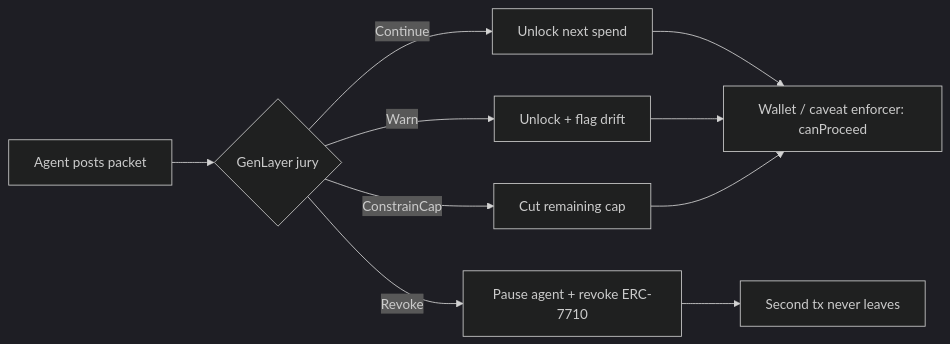
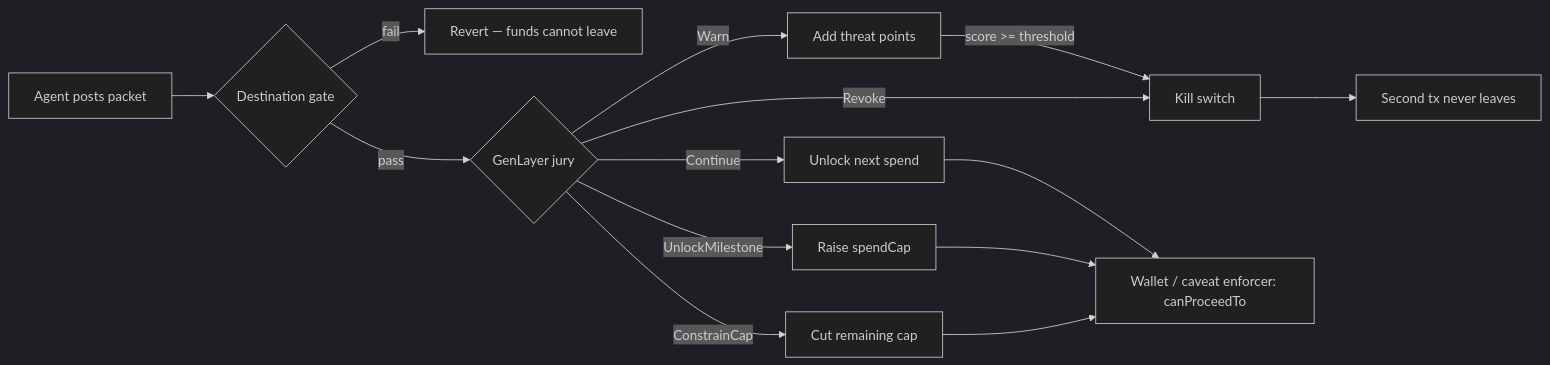
The diagram in README.md (jubayir-hub-69/LEASH-Protocol), drawn with Mermaid (dark theme) before and after one commit. The commit also changed other lines of this file and 11 other files, not shown here.

Commit message:
Final Production Release: Implemented Milestone unlocking, Destination Whitelisting, and Threat Scoring. All 33 tests passing.

````diff
--- a/README.md
+++ b/README.md
@@ -92,12 +168,16 @@
 ```mermaid
 flowchart LR
-  A[Agent posts packet] --> J{GenLayer jury}
+  A[Agent posts packet] --> D{Destination gate}
+  D -->|fail| X[Revert — funds cannot leave]
+  D -->|pass| J{GenLayer jury}
   J -->|Continue| C[Unlock next spend]
-  J -->|Warn| W[Unlock + flag drift]
+  J -->|UnlockMilestone| U[Raise spendCap]
+  J -->|Warn| W[Add threat points]
+  W -->|score >= threshold| R[Kill switch]
   J -->|ConstrainCap| K[Cut remaining cap]
-  J -->|Revoke| R[Pause agent + revoke ERC-7710]
-  C --> Wallets[Wallet / caveat enforcer: canProceed]
-  W --> Wallets
+  J -->|Revoke| R
+  C --> Wallets[Wallet / caveat enforcer: canProceedTo]
+  U --> Wallets
   K --> Wallets
   R --> Dead[Second tx never leaves]
 ```
````
